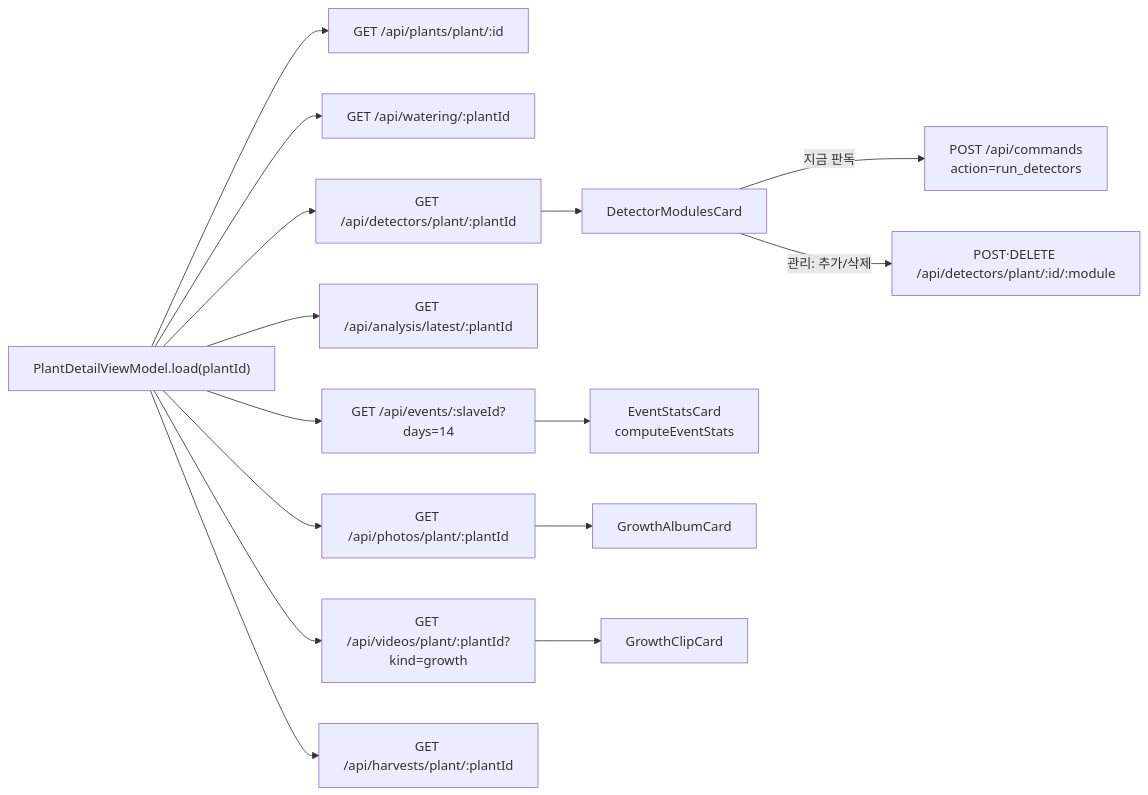
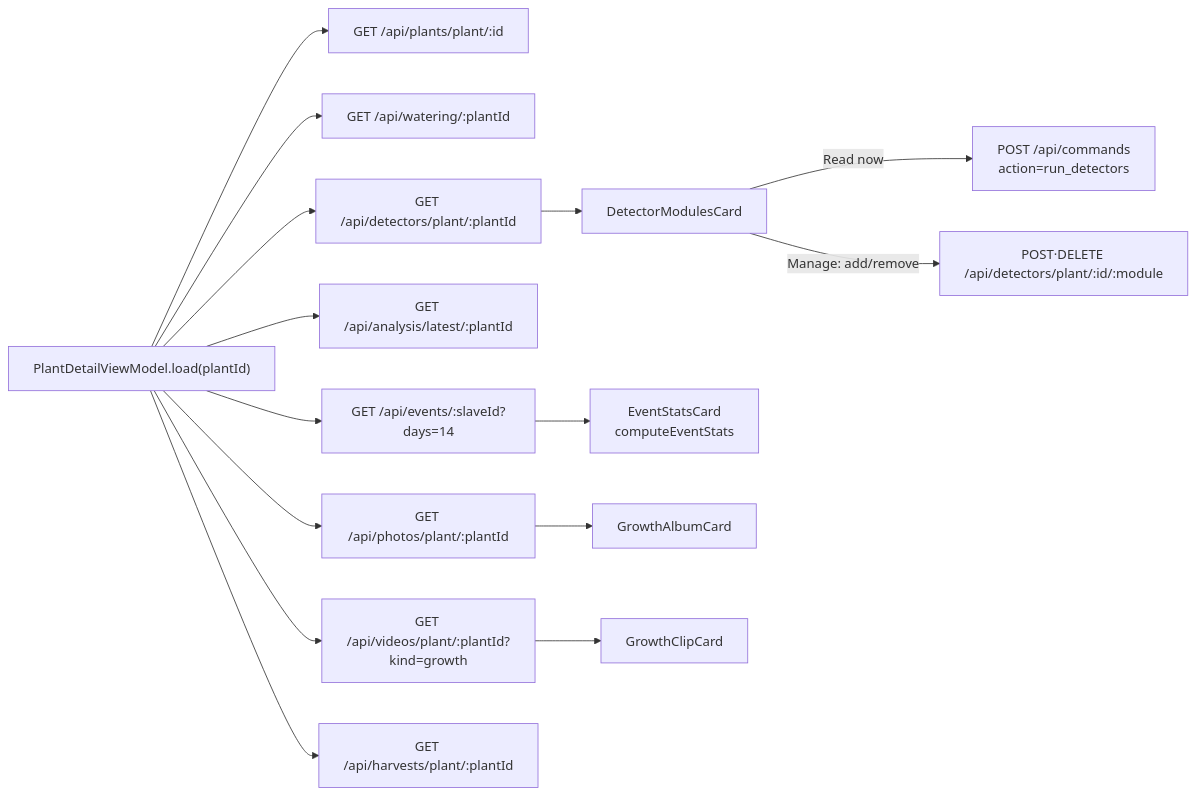
One commit to chungbrain/OOJOO-FARM changed diagram 12 of 16 in docs/code-graph/README.md. Above: the diagram before and after it, drawn with Mermaid. The commit also changed other lines of this file and 7 other files, not shown here.

First line of the commit message:
docs: English code graph as default, Korean in *_kor.md

````diff
--- a/docs/code-graph/README.md
+++ b/docs/code-graph/README.md
@@ -332,17 +332,17 @@
 ```mermaid
 flowchart LR
   VM["PlantDetailViewModel.load(plantId)"] --> P1["GET /api/plants/plant/:id"]
   VM --> P2["GET /api/watering/:plantId"]
   VM --> P3["GET /api/events/:slaveId?days=14"]
   VM --> P4["GET /api/analysis/latest/:plantId"]
   VM --> P5["GET /api/photos/plant/:plantId"]
   VM --> P6["GET /api/videos/plant/:plantId?kind=growth"]
   VM --> P7["GET /api/detectors/plant/:plantId"]
   VM --> P8["GET /api/harvests/plant/:plantId"]
   P7 --> C1["DetectorModulesCard"]
   P3 --> C2["EventStatsCard<br/>computeEventStats"]
   P5 --> C3["GrowthAlbumCard"]
   P6 --> C4["GrowthClipCard"]
-  C1 -- "지금 판독" --> CMD["POST /api/commands<br/>action=run_detectors"]
-  C1 -- "관리: 추가/삭제" --> DD["POST·DELETE /api/detectors/plant/:id/:module"]
+  C1 -- "Read now" --> CMD["POST /api/commands<br/>action=run_detectors"]
+  C1 -- "Manage: add/remove" --> DD["POST·DELETE /api/detectors/plant/:id/:module"]
 ```
````
